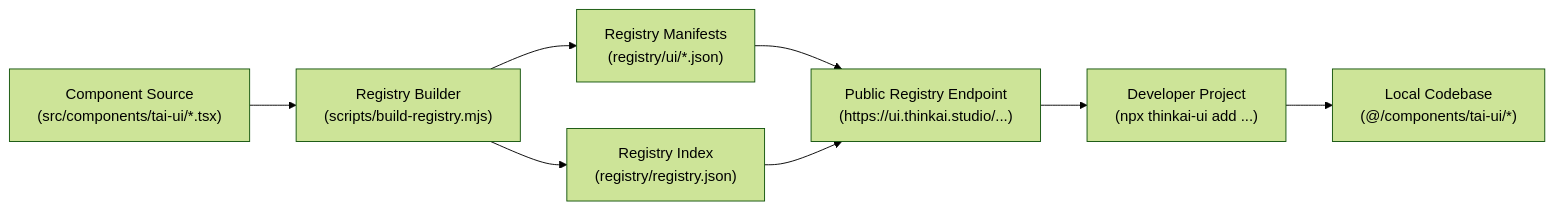
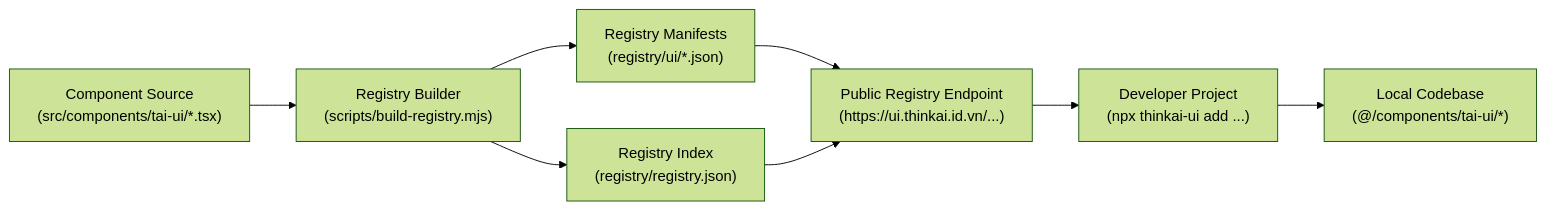
One commit to ThinkAI-Studio/thinkai-ui changed the diagram in README.md. Above: the diagram before and after it, drawn with Mermaid (forest theme). The commit also changed other lines of this file and 4 other files, not shown here.

````diff
--- a/README.md
+++ b/README.md
@@ -89,9 +89,9 @@
 ```mermaid
 flowchart LR
     A["Component Source<br/>(src/components/tai-ui/*.tsx)"] --> B["Registry Builder<br/>(scripts/build-registry.mjs)"]
     B --> C["Registry Manifests<br/>(registry/ui/*.json)"]
     B --> D["Registry Index<br/>(registry/registry.json)"]
-    C & D --> E["Public Registry Endpoint<br/>(https://ui.thinkai.studio/...)"]
+    C & D --> E["Public Registry Endpoint<br/>(https://ui.thinkai.id.vn/...)"]
     E --> F["Developer Project<br/>(npx thinkai-ui add ...)"]
     F --> G["Local Codebase<br/>(@/components/tai-ui/*)"]
 ```
````
